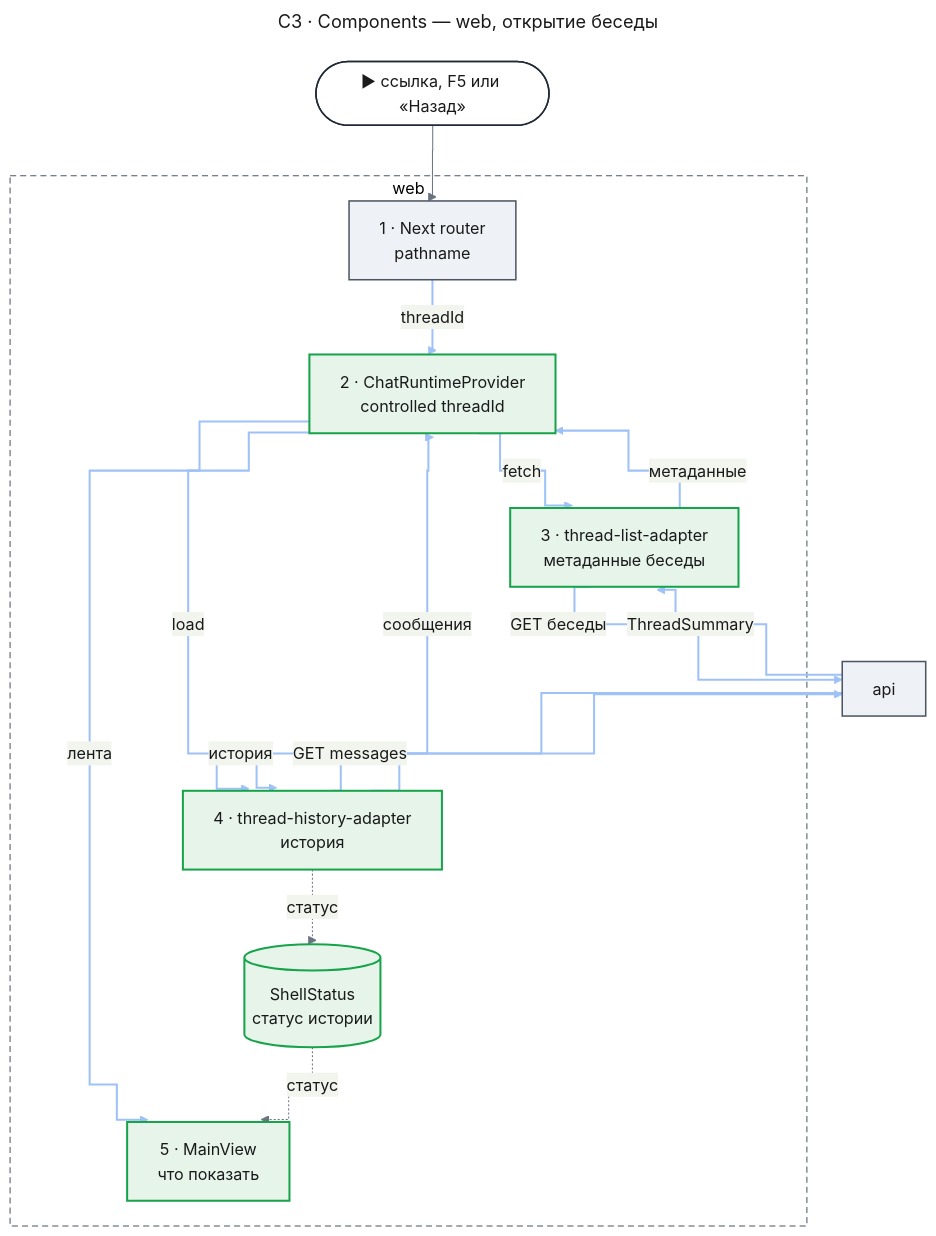
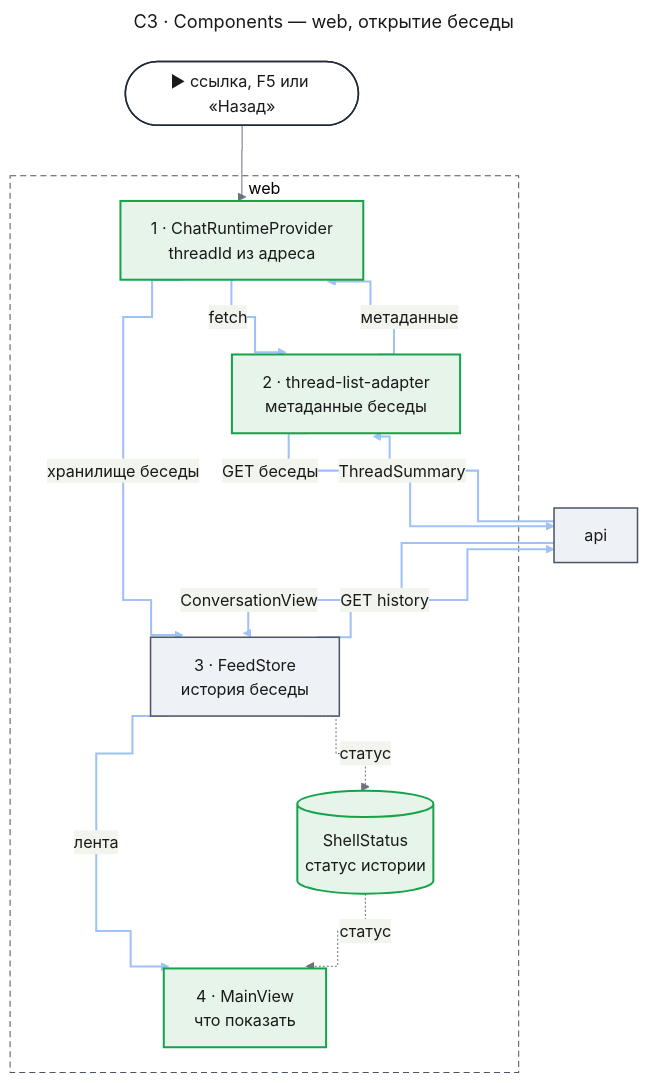
One commit to tundraray/agent-os changed the third of 8 diagrams in docs/features/chat-shell/design-web-shell.md. Above: the diagram before and after it, drawn with Mermaid. The commit also changed other lines of this file and 1225 other files, not shown here.

````diff
--- a/docs/features/chat-shell/design-web-shell.md
+++ b/docs/features/chat-shell/design-web-shell.md
@@ -515,69 +335,62 @@
 ```mermaid
 ---
 title: "C3 · Components — web, открытие беседы"
 config:
   theme: base
   look: classic
   themeVariables:
     primaryColor: "#eef1f5"
     primaryBorderColor: "#4b5563"
     primaryTextColor: "#1a1a1a"
     lineColor: "#6b7280"
   flowchart:
     curve: step
   themeCSS: |
-    @keyframes litr_c3r{0%,9.0%{stroke:#1d4ed8;stroke-width:6px}10.0%,100%{stroke:#9ec1f7;stroke-width:2px}}
+    @keyframes litr_c3r{0%,11.25%{stroke:#1d4ed8;stroke-width:6px}12.5%,100%{stroke:#9ec1f7;stroke-width:2px}}
 ---
 flowchart TB
     entry(["▶ ссылка, F5 или «Назад»"])
     subgraph webr["web"]
-        nav["1 · Next router<br/>pathname"]
-        rt["2 · ChatRuntimeProvider<br/>controlled threadId"]
-        la["3 · thread-list-adapter<br/>метаданные беседы"]
-        ha["4 · thread-history-adapter<br/>история"]
-        mv["5 · MainView<br/>что показать"]
+        rp["1 · ChatRuntimeProvider<br/>threadId из адреса"]
+        la["2 · thread-list-adapter<br/>метаданные беседы"]
+        feed["3 · FeedStore<br/>история беседы"]
+        mv["4 · MainView<br/>что показать"]
         ss[("ShellStatus<br/>статус истории")]
     end
     api["api"]
-    entry --> nav
-    nav e1@-->|"threadId"| rt
-    rt e2@-->|"fetch"| la
-    la e3@-->|"GET беседы"| api
-    api e4@-->|"ThreadSummary"| la
-    la e5@-->|"метаданные"| rt
-    rt e6@-->|"load"| ha
-    ha e7@-->|"GET messages"| api
-    api e8@-->|"история"| ha
-    ha e9@-->|"сообщения"| rt
-    rt e10@-->|"лента"| mv
-    ha -.->|"статус"| ss
+    entry --> rp
+    rp e1@-->|"fetch"| la
+    la e2@-->|"GET беседы"| api
+    api e3@-->|"ThreadSummary"| la
+    la e4@-->|"метаданные"| rp
+    rp e5@-->|"хранилище беседы"| feed
+    feed e6@-->|"GET history"| api
+    api e7@-->|"ConversationView"| feed
+    feed e8@-->|"лента"| mv
+    feed -.->|"статус"| ss
     ss -.->|"статус"| mv
     classDef entry fill:#ffffff,stroke:#1f2937,stroke-width:1.5px,color:#1a1a1a
     classDef changed fill:#fde8e8,stroke:#dc2626,stroke-width:2px,color:#1a1a1a
     classDef new fill:#e6f4ea,stroke:#16a34a,stroke-width:2px,color:#1a1a1a
     classDef unchanged fill:#eef1f5,stroke:#4b5563,stroke-width:1.5px,color:#1a1a1a
     style webr fill:none,stroke:#4b5563,stroke-width:1px,stroke-dasharray:6 4
     class entry entry
-    class rt,la,ha,mv,ss new
-    class nav,api unchanged
-    classDef s1 stroke:#9ec1f7,stroke-width:2px,animation:litr_c3r 12.0s linear 0.0s infinite
-    classDef s2 stroke:#9ec1f7,stroke-width:2px,animation:litr_c3r 12.0s linear 1.2s infinite
-    classDef s3 stroke:#9ec1f7,stroke-width:2px,animation:litr_c3r 12.0s linear 2.4s infinite
-    classDef s4 stroke:#9ec1f7,stroke-width:2px,animation:litr_c3r 12.0s linear 3.6s infinite
-    classDef s5 stroke:#9ec1f7,stroke-width:2px,animation:litr_c3r 12.0s linear 4.8s infinite
-    classDef s6 stroke:#9ec1f7,stroke-width:2px,animation:litr_c3r 12.0s linear 6.0s infinite
-    classDef s7 stroke:#9ec1f7,stroke-width:2px,animation:litr_c3r 12.0s linear 7.2s infinite
-    classDef s8 stroke:#9ec1f7,stroke-width:2px,animation:litr_c3r 12.0s linear 8.4s infinite
-    classDef s9 stroke:#9ec1f7,stroke-width:2px,animation:litr_c3r 12.0s linear 9.6s infinite
-    classDef s10 stroke:#9ec1f7,stroke-width:2px,animation:litr_c3r 12.0s linear 10.8s infinite
+    class rp,la,mv,ss new
+    class feed,api unchanged
+    classDef s1 stroke:#9ec1f7,stroke-width:2px,animation:litr_c3r 9.6s linear 0.0s infinite
+    classDef s2 stroke:#9ec1f7,stroke-width:2px,animation:litr_c3r 9.6s linear 1.2s infinite
+    classDef s3 stroke:#9ec1f7,stroke-width:2px,animation:litr_c3r 9.6s linear 2.4s infinite
+    classDef s4 stroke:#9ec1f7,stroke-width:2px,animation:litr_c3r 9.6s linear 3.6s infinite
+    classDef s5 stroke:#9ec1f7,stroke-width:2px,animation:litr_c3r 9.6s linear 4.8s infinite
+    classDef s6 stroke:#9ec1f7,stroke-width:2px,animation:litr_c3r 9.6s linear 6.0s infinite
+    classDef s7 stroke:#9ec1f7,stroke-width:2px,animation:litr_c3r 9.6s linear 7.2s infinite
+    classDef s8 stroke:#9ec1f7,stroke-width:2px,animation:litr_c3r 9.6s linear 8.4s infinite
     class e1 s1
     class e2 s2
     class e3 s3
     class e4 s4
     class e5 s5
     class e6 s6
     class e7 s7
     class e8 s8
-    class e9 s9
-    class e10 s10
 ```
````
